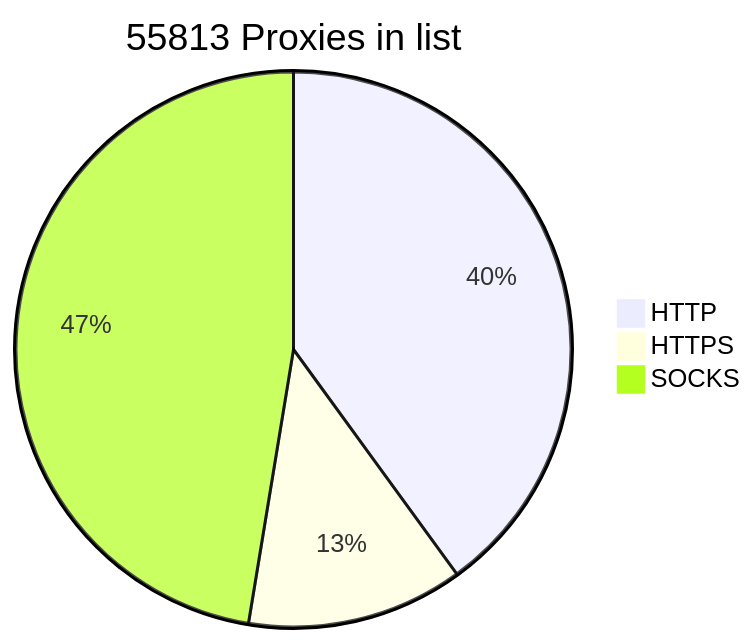
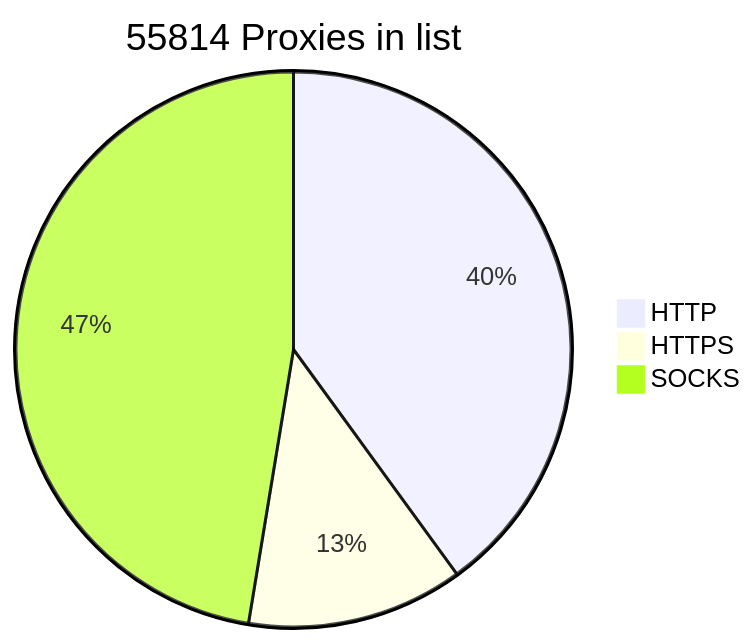
The diagram in README.md (BlackSnowDot/proxylist-update-every-minute), drawn with Mermaid before and after one commit.

````diff
--- a/README.md
+++ b/README.md
@@ -2,6 +2,6 @@
 ```mermaid
-pie title 55813 Proxies in list
+pie title 55814 Proxies in list
     "HTTP" : 25013
     "HTTPS": 7880
-    "SOCKS" : 29648
+    "SOCKS" : 29649
 ```
````
